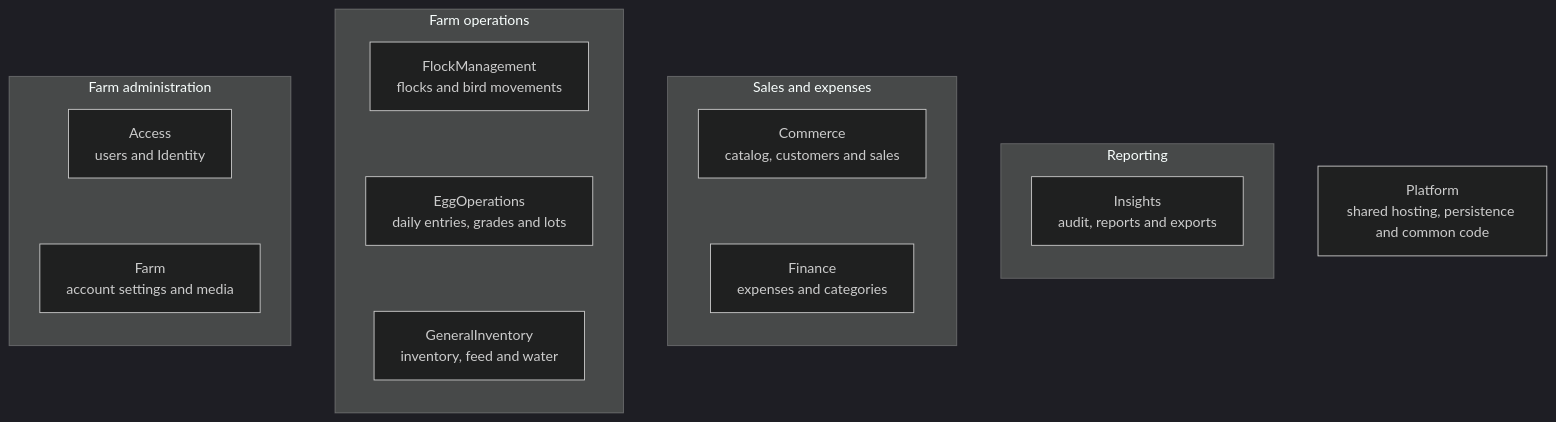
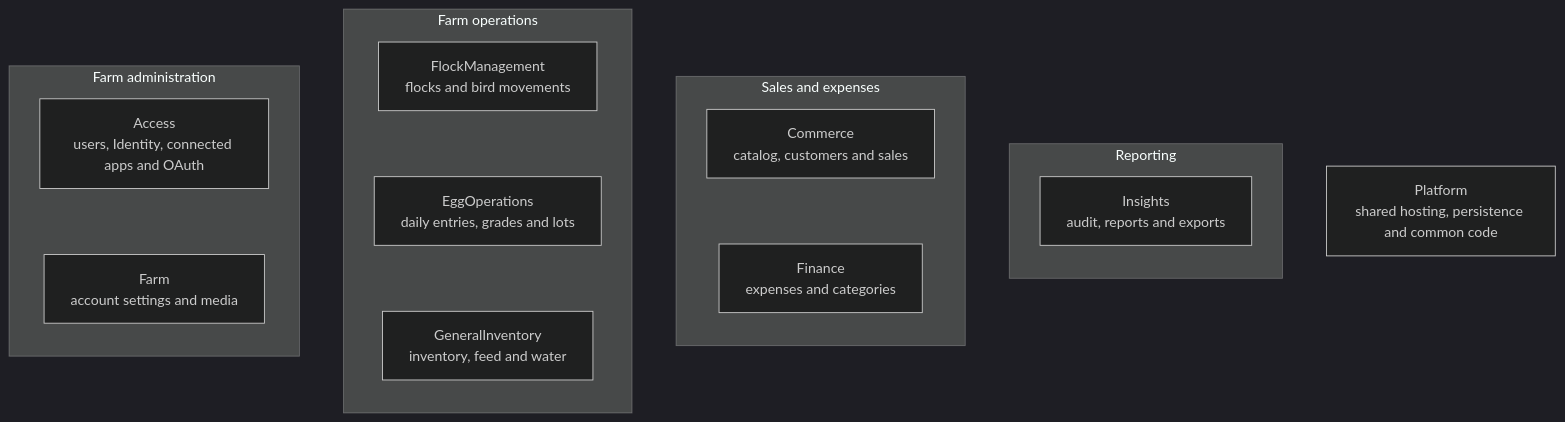
One commit to mforce/cluckwork changed the third of 7 diagrams in docs/architecture.md. Above: the diagram before and after it, drawn with Mermaid (dark theme). The commit also changed other lines of this file, not shown here.

First line of the commit message:
docs: add the MCP and OAuth steps to the architecture diagrams

````diff
--- a/docs/architecture.md
+++ b/docs/architecture.md
@@ -82,29 +84,29 @@
 ```mermaid
 flowchart LR
     subgraph administration["Farm administration"]
         direction TB
-        Access["Access<br/>users and Identity"]
+        Access["Access<br/>users, Identity, connected apps and OAuth"]
         Farm["Farm<br/>account settings and media"]
         Access ~~~ Farm
     end
     subgraph operations["Farm operations"]
         direction TB
         FlockManagement["FlockManagement<br/>flocks and bird movements"]
         EggOperations["EggOperations<br/>daily entries, grades and lots"]
         GeneralInventory["GeneralInventory<br/>inventory, feed and water"]
         FlockManagement ~~~ EggOperations ~~~ GeneralInventory
     end
     subgraph business["Sales and expenses"]
         direction TB
         Commerce["Commerce<br/>catalog, customers and sales"]
         Finance["Finance<br/>expenses and categories"]
         Commerce ~~~ Finance
     end
     subgraph reporting["Reporting"]
         direction TB
         Insights["Insights<br/>audit, reports and exports"]
     end
     Platform["Platform<br/>shared hosting, persistence and common code"]
     administration ~~~ operations ~~~ business ~~~ reporting
     reporting ~~~ Platform
 ```
````
